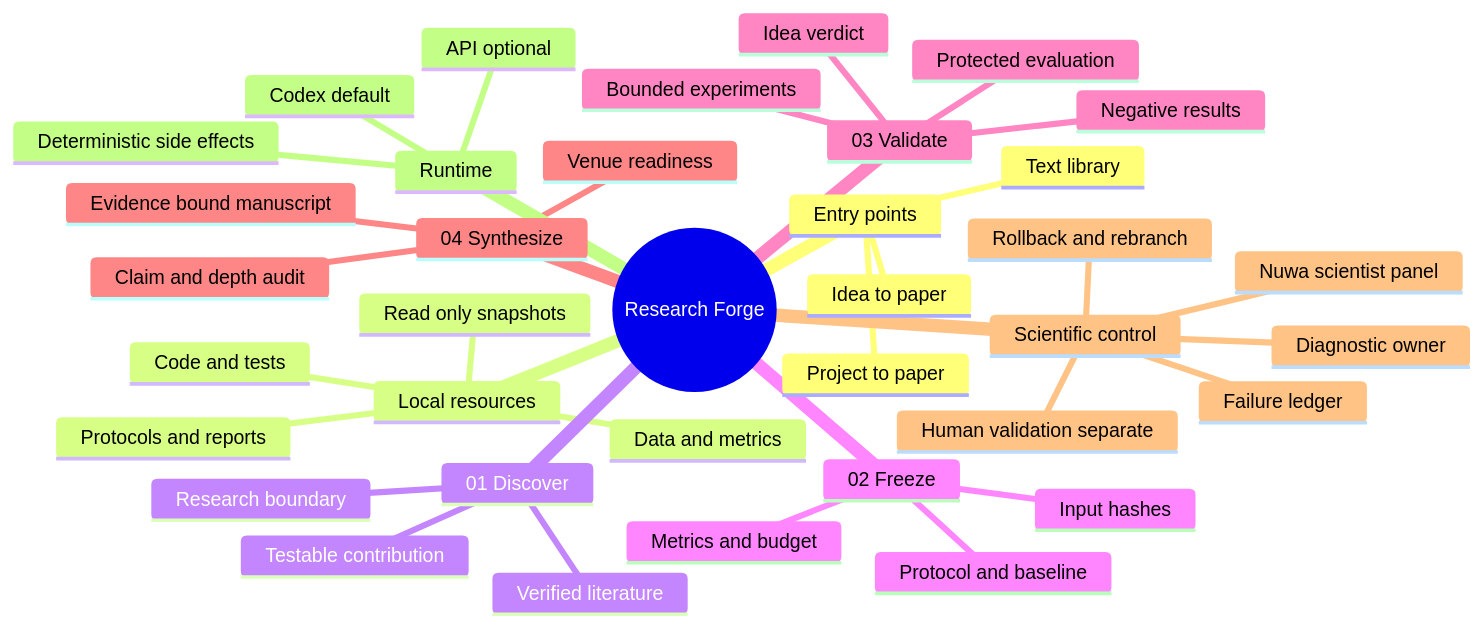
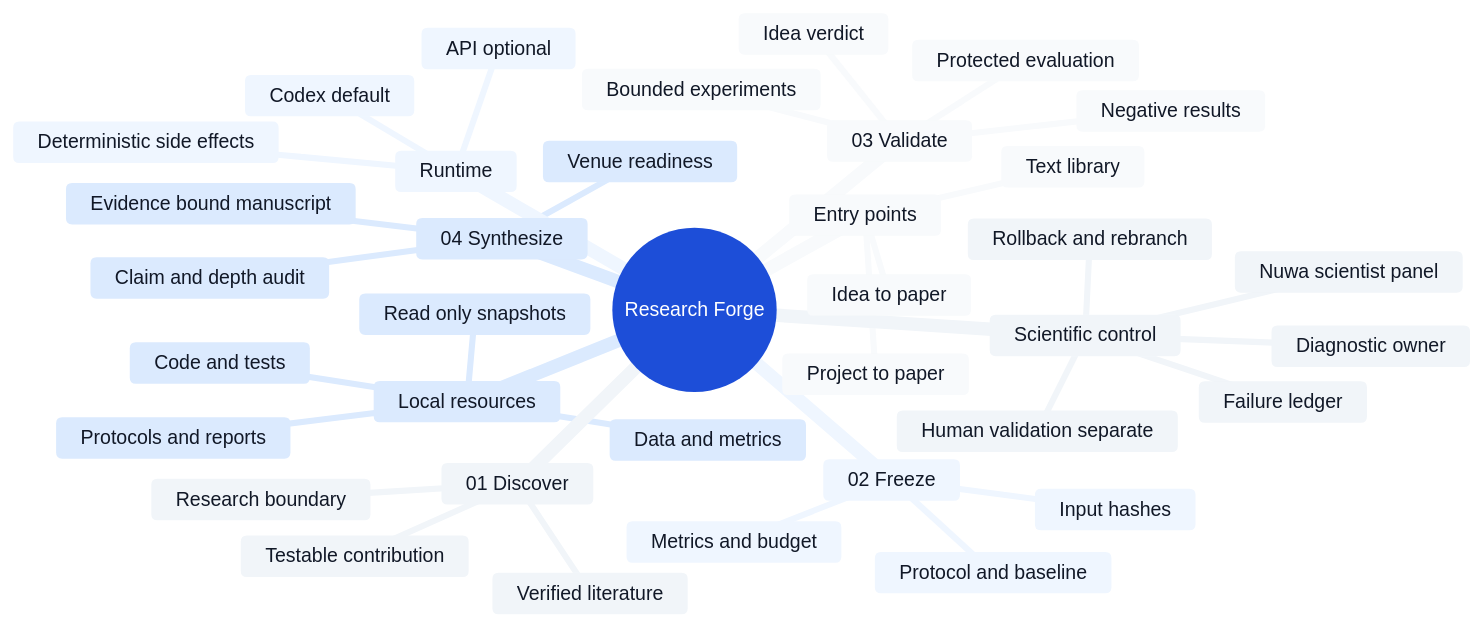
One commit to CKwin26/Auto-Agentic-Research-Forge changed the diagram in README.md. Above: the diagram before and after it, drawn with Mermaid.

Commit message:
Refine mind map styling

````diff
--- a/README.md
+++ b/README.md
@@ -55,4 +55,52 @@
 ```mermaid
+---
+config:
+  theme: base
+  themeVariables:
+    background: '#ffffff'
+    fontFamily: 'Inter, -apple-system, BlinkMacSystemFont, Segoe UI, sans-serif'
+    primaryColor: '#f8fafc'
+    primaryTextColor: '#111827'
+    primaryBorderColor: '#cbd5e1'
+    secondaryColor: '#eff6ff'
+    secondaryTextColor: '#111827'
+    secondaryBorderColor: '#bfdbfe'
+    tertiaryColor: '#ffffff'
+    tertiaryTextColor: '#111827'
+    tertiaryBorderColor: '#e2e8f0'
+    lineColor: '#94a3b8'
+    git0: '#1d4ed8'
+    gitBranchLabel0: '#ffffff'
+    cScale0: '#eff6ff'
+    cScale1: '#f8fafc'
+    cScale2: '#dbeafe'
+    cScale3: '#f1f5f9'
+    cScale4: '#eff6ff'
+    cScale5: '#f8fafc'
+    cScale6: '#dbeafe'
+    cScale7: '#f1f5f9'
+    cScale8: '#eff6ff'
+    cScale9: '#f8fafc'
+    cScale10: '#dbeafe'
+    cScale11: '#f1f5f9'
+    cScaleLabel0: '#111827'
+    cScaleLabel1: '#111827'
+    cScaleLabel2: '#111827'
+    cScaleLabel3: '#111827'
+    cScaleLabel4: '#111827'
+    cScaleLabel5: '#111827'
+    cScaleLabel6: '#111827'
+    cScaleLabel7: '#111827'
+    cScaleLabel8: '#111827'
+    cScaleLabel9: '#111827'
+    cScaleLabel10: '#111827'
+    cScaleLabel11: '#111827'
+  themeCSS: >-
+    .edge, [class*="edge-depth-"] { stroke-width: 2px !important; }
+    [class*="section-edge-"] { stroke: #94a3b8 !important; }
+    .mindmap-node rect, .mindmap-node path, .mindmap-node circle, .mindmap-node polygon { stroke: #cbd5e1 !important; stroke-width: 1px !important; }
+    .section-root rect, .section-root path, .section-root circle, .section-root polygon { stroke: #1d4ed8 !important; stroke-width: 2px !important; }
+---
 mindmap
   root((Research Forge))
     Entry points
````
